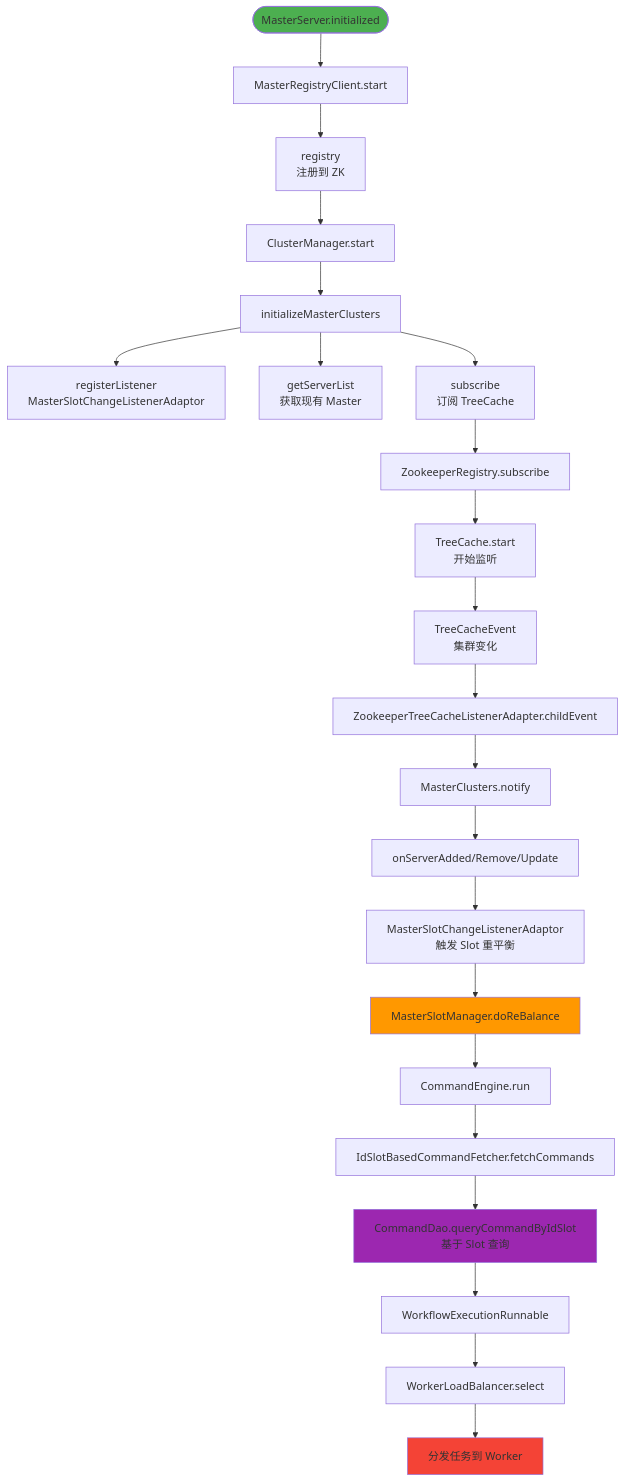
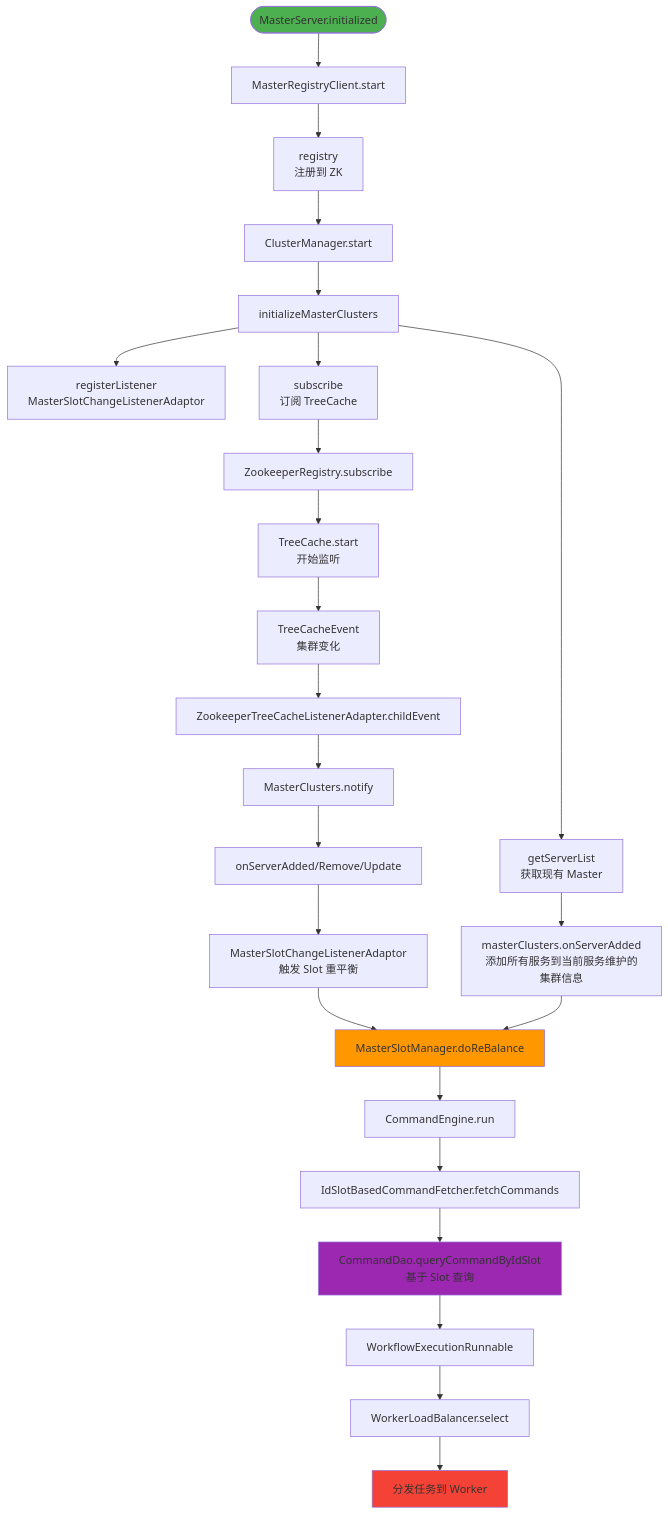
Before and after one commit to vanchan5/dolphinscheduler: diagram 15 of 27 in dolphinscheduler-master/analyze/master启动/6-master集群管理/无中心化实现方案/master-cluster-architecture.md, drawn with Mermaid. The commit also changed other lines of this file and 3 other files, not shown here.

````diff
--- a/dolphinscheduler-master/analyze/master启动/6-master集群管理/无中心化实现方案/master-cluster-architecture.md
+++ b/dolphinscheduler-master/analyze/master启动/6-master集群管理/无中心化实现方案/master-cluster-architecture.md
@@ -811,35 +814,37 @@
 ```mermaid
 graph TD
     Start([MasterServer.initialized]) --> A1[MasterRegistryClient.start]
     A1 --> A2[registry<br/>注册到 ZK]
     A2 --> A3[ClusterManager.start]
     
     A3 --> B1[initializeMasterClusters]
     B1 --> B2[registerListener<br/>MasterSlotChangeListenerAdaptor]
     B1 --> B3[getServerList<br/>获取现有 Master]
     B1 --> B4[subscribe<br/>订阅 TreeCache]
+    B3 --> B5[ masterClusters.onServerAdded<br/>添加所有服务到当前服务维护的集群信息]
     
     B4 --> C1[ZookeeperRegistry.subscribe]
     C1 --> C2[TreeCache.start<br/>开始监听]
     
     C2 --> D1[TreeCacheEvent<br/>集群变化]
     D1 --> D2[ZookeeperTreeCacheListenerAdapter.childEvent]
     D2 --> D3[MasterClusters.notify]
     
     D3 --> E1[onServerAdded/Remove/Update]
     E1 --> E2[MasterSlotChangeListenerAdaptor<br/>触发 Slot 重平衡]
     E2 --> E3[MasterSlotManager.doReBalance]
     
     E3 --> F1[CommandEngine.run]
     F1 --> F2[IdSlotBasedCommandFetcher.fetchCommands]
     F2 --> F3[CommandDao.queryCommandByIdSlot<br/>基于 Slot 查询]
     
     F3 --> G1[WorkflowExecutionRunnable]
     G1 --> G2[WorkerLoadBalancer.select]
     G2 --> G3[分发任务到 Worker]
+    B5 --> E3
     
     style Start fill:#4caf50
     style E3 fill:#ff9800
     style F3 fill:#9c27b0
     style G3 fill:#f44336
 ```
````
